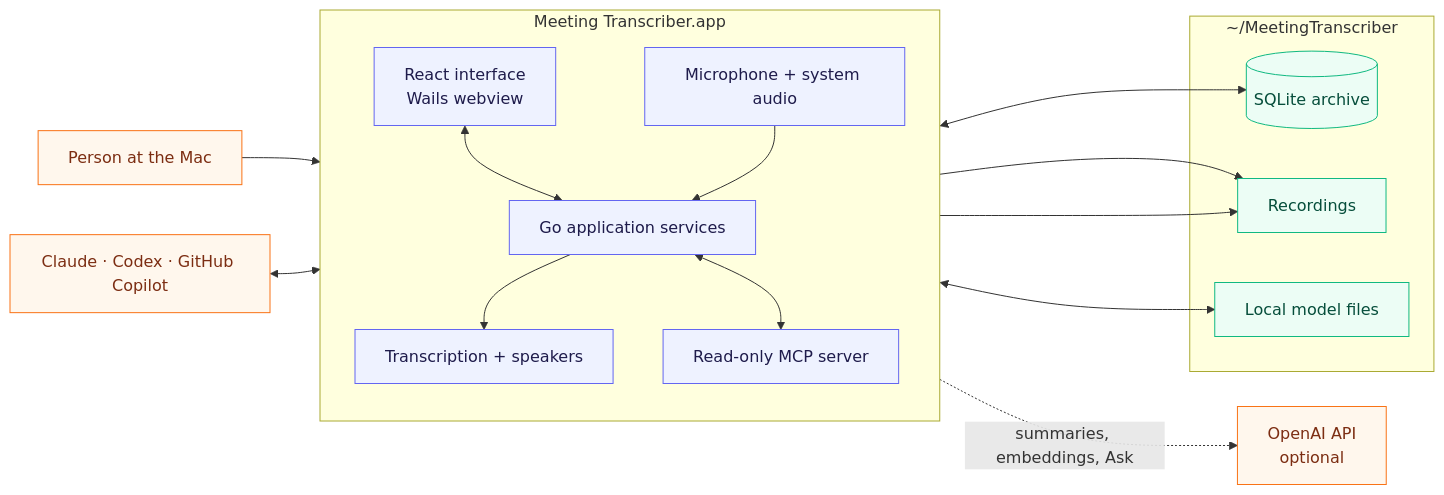
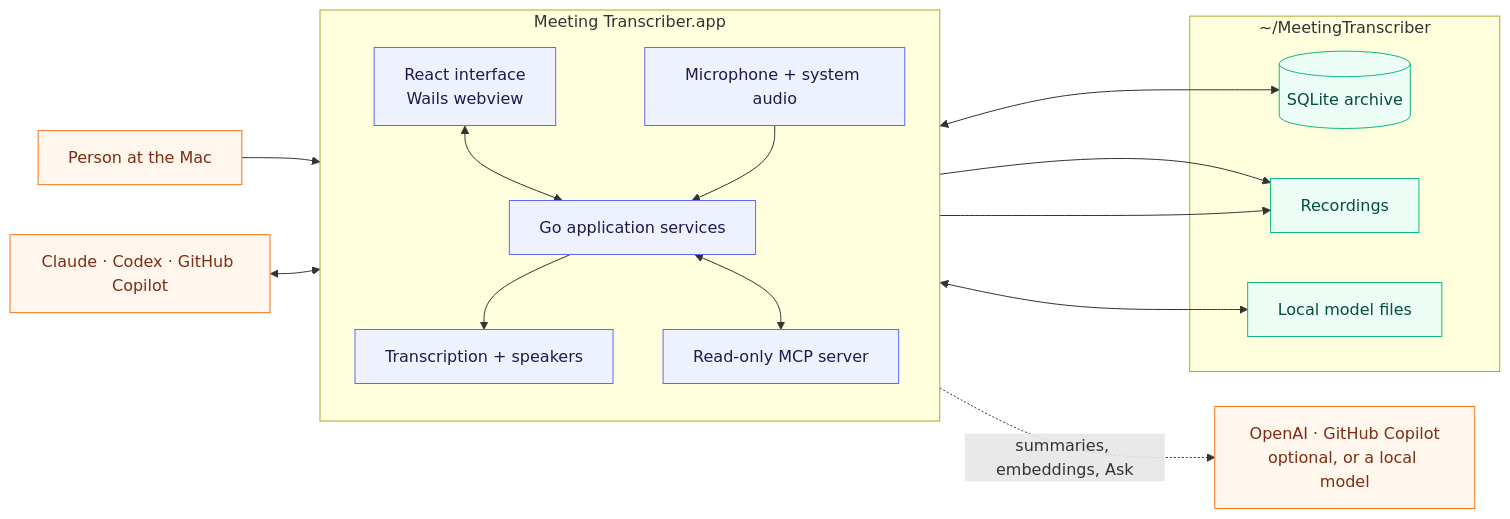
One commit to dmykolen/meeting-transcriber-go changed the first of 5 diagrams in README.md. Above: the diagram before and after it, drawn with Mermaid. The commit also changed other lines of this file and 76 other files, not shown here.

First line of the commit message:
feat: local and Copilot AI, recording strip, transcription schedule

````diff
--- a/README.md
+++ b/README.md
@@ -47,41 +48,41 @@
 ```mermaid
 flowchart LR
     Person["Person at the Mac"]
     Clients["Claude · Codex · GitHub Copilot"]
-    OpenAI["OpenAI API<br/>optional"]
+    OpenAI["OpenAI · GitHub Copilot<br/>optional, or a local model"]
 
     subgraph App["Meeting Transcriber.app"]
         direction TB
         UI["React interface<br/>Wails webview"]
         Core["Go application services"]
         Capture["Microphone + system audio"]
         Pipeline["Transcription + speakers"]
         MCP["Read-only MCP server"]
 
         UI <--> Core
         Capture --> Core
         Core --> Pipeline
         Core <--> MCP
     end
 
     subgraph Local["~/MeetingTranscriber"]
         DB[("SQLite archive")]
         Audio["Recordings"]
         Models["Local model files"]
     end
 
     Person --> UI
     Clients <--> MCP
     Pipeline <--> Models
     Core <--> DB
     Capture --> Audio
     Pipeline --> Audio
     Core -. "summaries, embeddings, Ask" .-> OpenAI
 
     classDef app fill:#EEF2FF,stroke:#6366F1,color:#1E1B4B
     classDef local fill:#ECFDF5,stroke:#10B981,color:#064E3B
     classDef external fill:#FFF7ED,stroke:#F97316,color:#7C2D12
     class UI,Core,Capture,Pipeline,MCP app
     class DB,Audio,Models local
     class Person,Clients,OpenAI external
 ```
````
